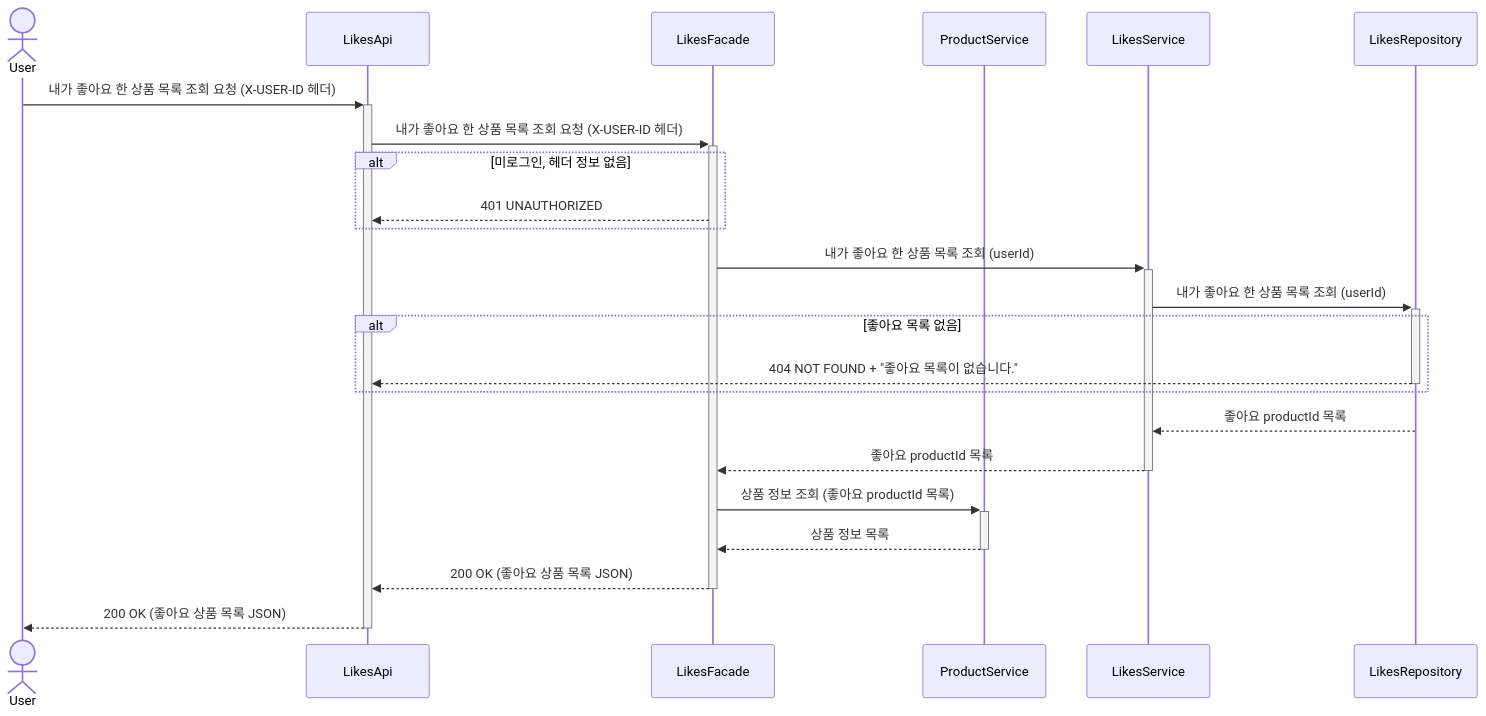
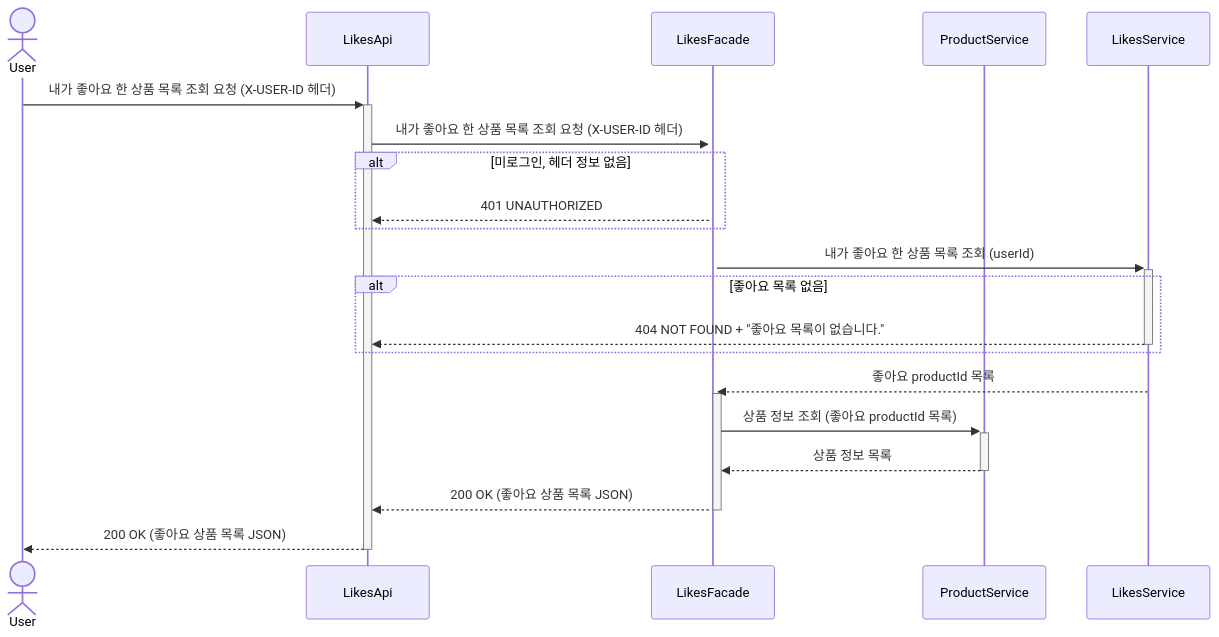
Before and after one commit to KBroJ/LoopPak_BE: the sixth of 9 diagrams in docs/design/02-sequence-diagrams.md, drawn with Mermaid. The commit also changed other lines of this file, not shown here.

Commit message:
refactor: 시퀀스 다이어그램 수정

````diff
--- a/docs/design/02-sequence-diagrams.md
+++ b/docs/design/02-sequence-diagrams.md
@@ -131,26 +131,23 @@
 ```mermaid
 sequenceDiagram
     actor U as User
     participant LA as LikesApi
     participant LF as LikesFacade
     participant PS as ProductService
     participant LS as LikesService
-    participant LR as LikesRepository
     
     U->>+LA: 내가 좋아요 한 상품 목록 조회 요청 (X-USER-ID 헤더)
     LA->>+LF: 내가 좋아요 한 상품 목록 조회 요청 (X-USER-ID 헤더)
     alt 미로그인, 헤더 정보 없음
         LF-->>LA: 401 UNAUTHORIZED
     end
     LF->>+LS: 내가 좋아요 한 상품 목록 조회 (userId)
-    LS->>+LR: 내가 좋아요 한 상품 목록 조회 (userId)
     alt 좋아요 목록 없음
-        LR-->>-LA: 404 NOT FOUND + "좋아요 목록이 없습니다."
+        LS-->>-LA: 404 NOT FOUND + "좋아요 목록이 없습니다."
     end
-    LR-->>LS: 좋아요 productId 목록
-    LS-->>-LF: 좋아요 productId 목록
+    LS-->>+LF: 좋아요 productId 목록
     LF->>+PS: 상품 정보 조회 (좋아요 productId 목록)
     PS-->>-LF: 상품 정보 목록
     LF-->>-LA: 200 OK (좋아요 상품 목록 JSON)
     LA-->>-U: 200 OK (좋아요 상품 목록 JSON)
 ```    
````
